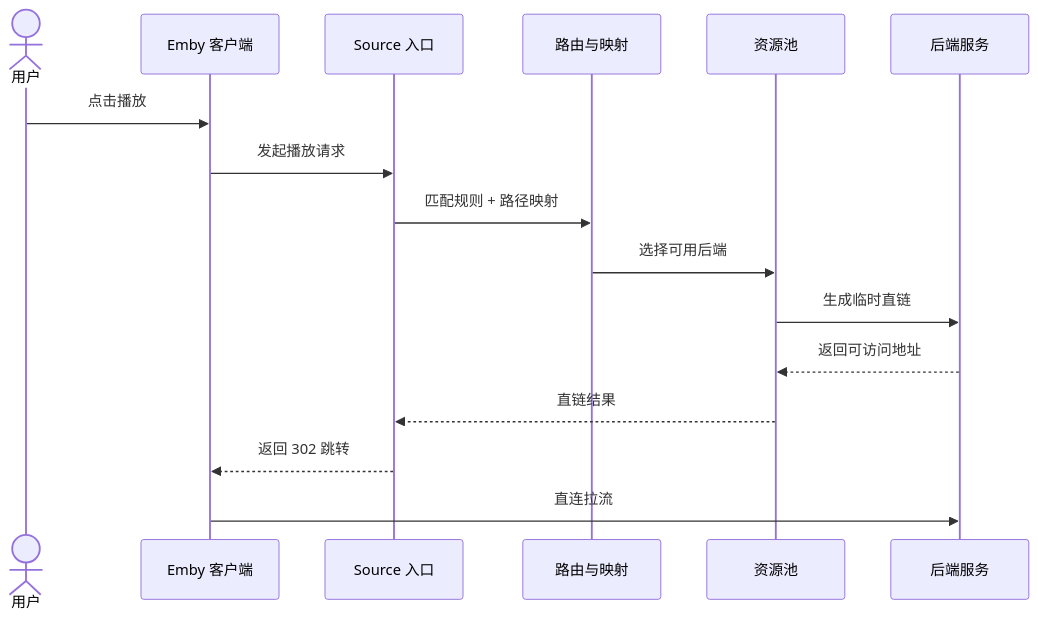
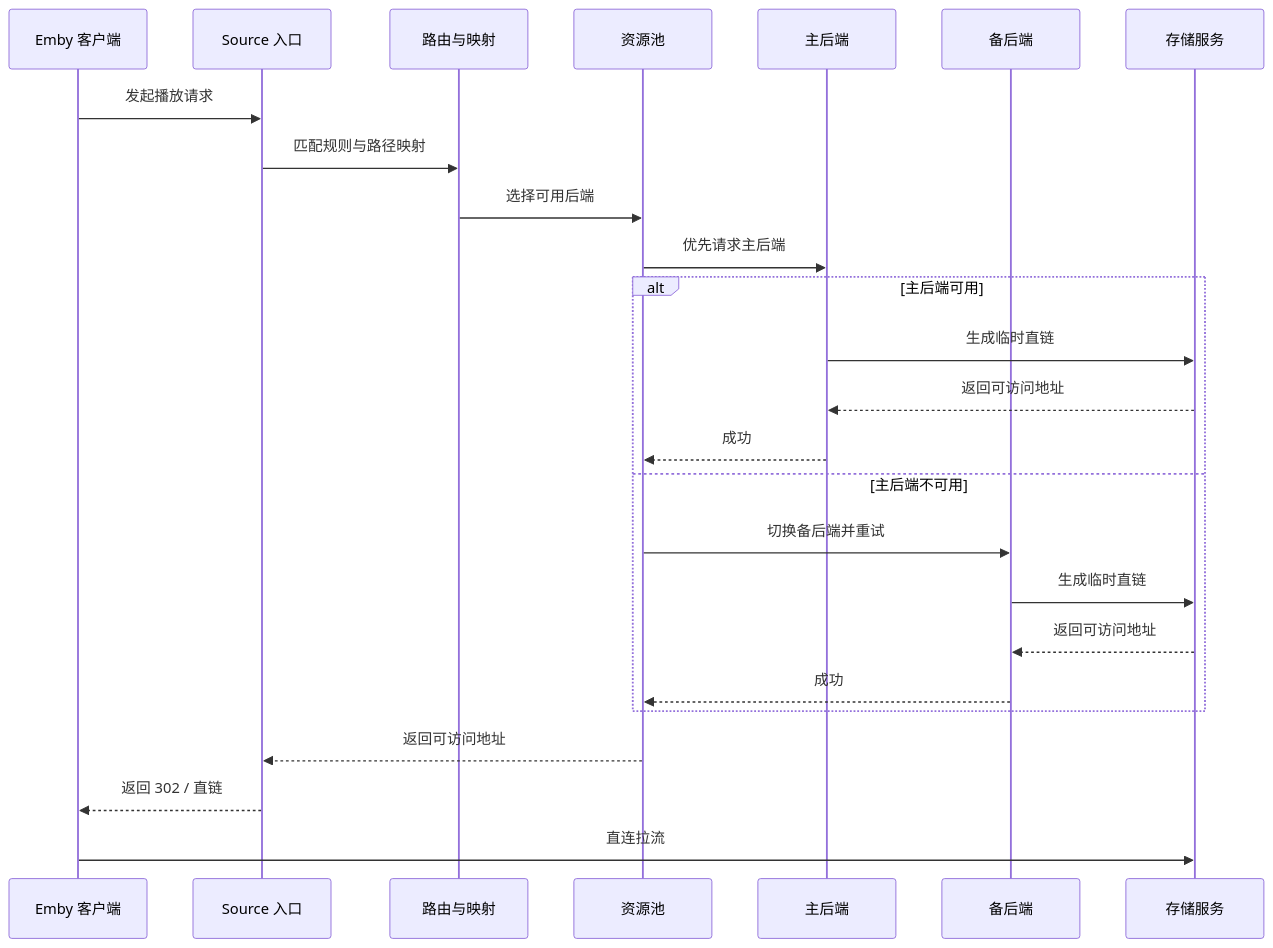
Before and after one commit to SingleJohn/emby-gateway-bin: the diagram in docs/assets/diagrams/02-playback-sequence.mmd, drawn with Mermaid. The commit also changed other lines of this file and 25 other files, not shown here.

```diff
--- a/docs/assets/diagrams/02-playback-sequence.mmd
+++ b/docs/assets/diagrams/02-playback-sequence.mmd
@@ -1,17 +1,26 @@
 sequenceDiagram
-    actor U as 用户
-    participant P as Emby 客户端
+    participant C as Emby 客户端
     participant S as Source 入口
     participant R as 路由与映射
     participant PO as 资源池
-    participant B as 后端服务
+    participant P as 主后端
+    participant B as 备后端
+    participant ST as 存储服务
 
-    U->>P: 点击播放
-    P->>S: 发起播放请求
-    S->>R: 匹配规则 + 路径映射
+    C->>S: 发起播放请求
+    S->>R: 匹配规则与路径映射
     R->>PO: 选择可用后端
-    PO->>B: 生成临时直链
-    B-->>PO: 返回可访问地址
-    PO-->>S: 直链结果
-    S-->>P: 返回 302 跳转
-    P->>B: 直连拉流
+    PO->>P: 优先请求主后端
+    alt 主后端可用
+        P->>ST: 生成临时直链
+        ST-->>P: 返回可访问地址
+        P-->>PO: 成功
+    else 主后端不可用
+        PO->>B: 切换备后端并重试
+        B->>ST: 生成临时直链
+        ST-->>B: 返回可访问地址
+        B-->>PO: 成功
+    end
+    PO-->>S: 返回可访问地址
+    S-->>C: 返回 302 / 直链
+    C->>ST: 直连拉流
```
